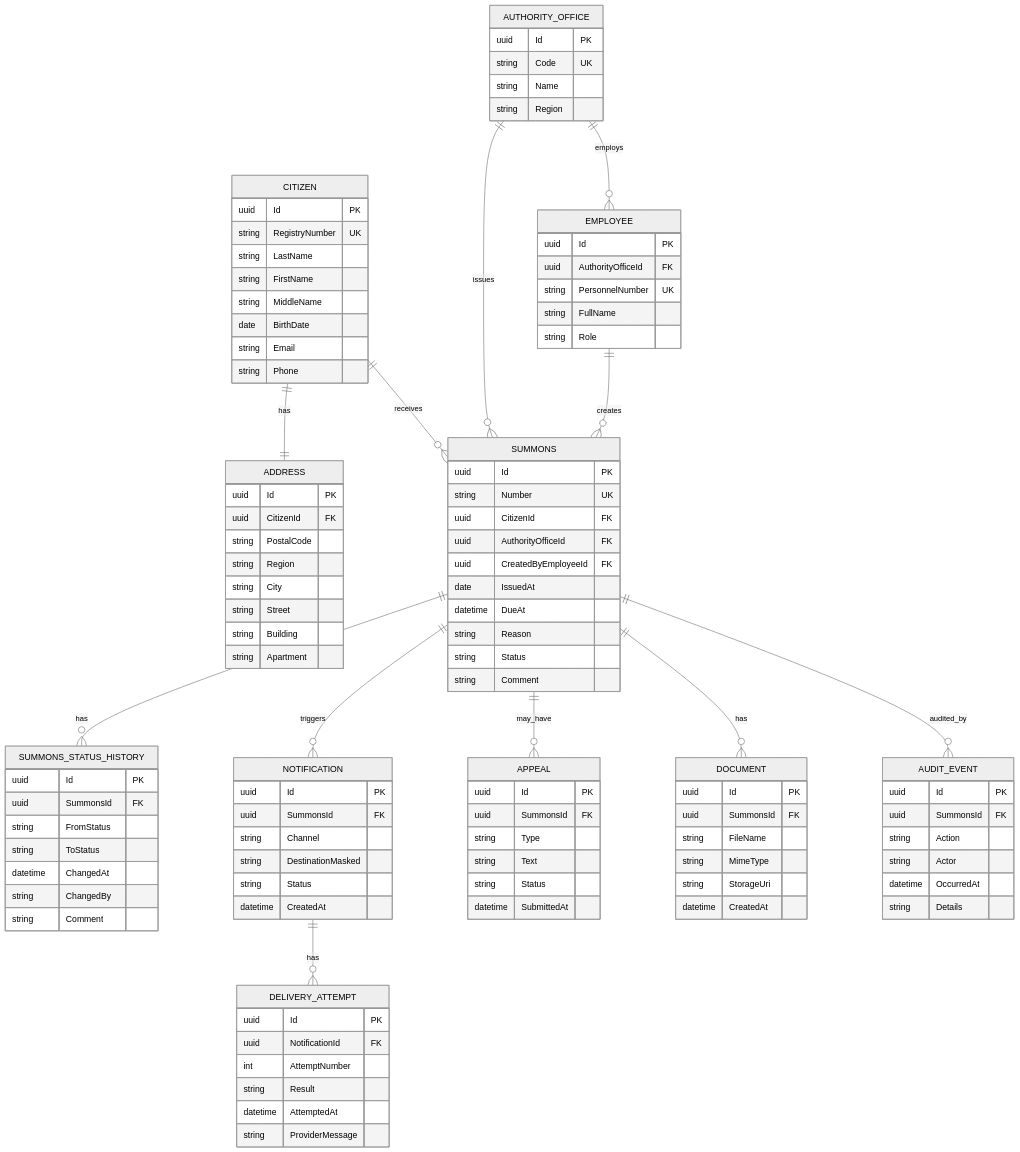
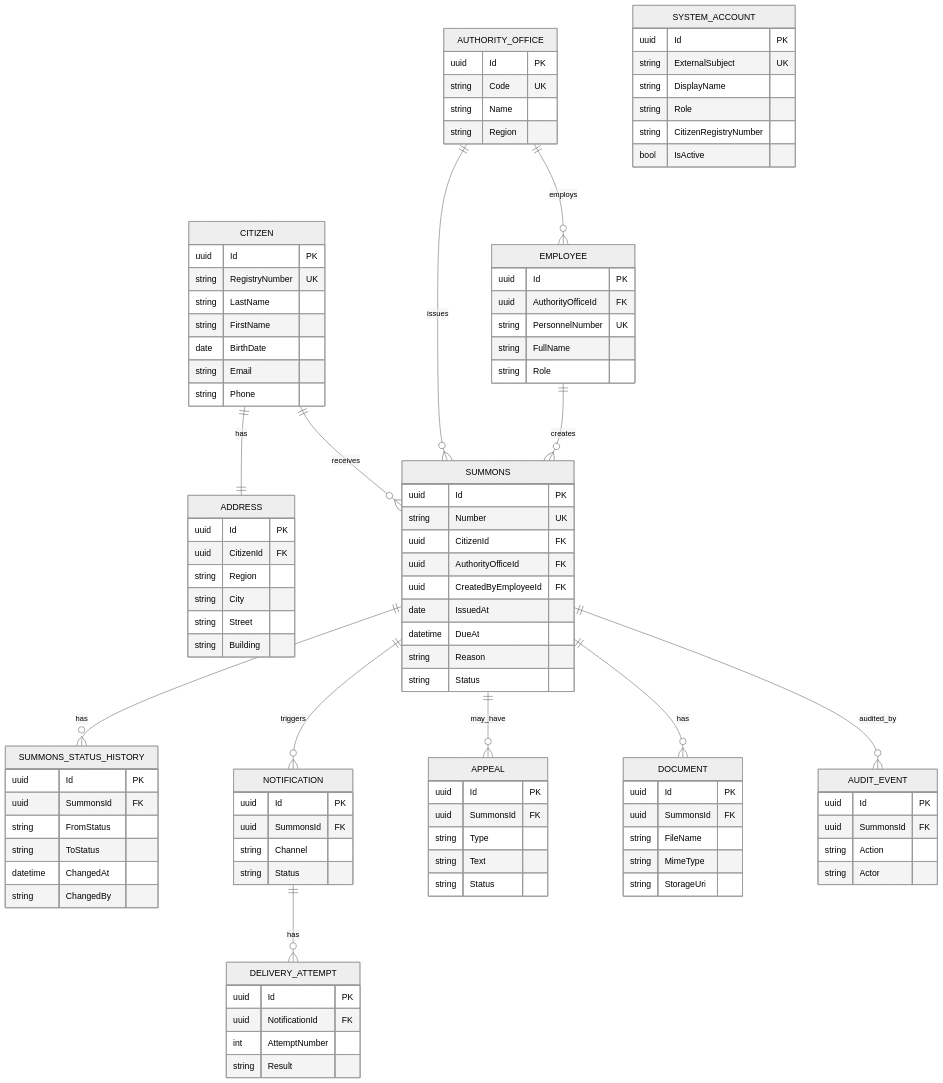
One commit to MasterChief-96/reestr-povestok-cipso changed the diagram in docs/erd.md. Above: the diagram before and after it, drawn with Mermaid (neutral theme). The commit also changed other lines of this file and 38 other files, not shown here.

````diff
--- a/docs/erd.md
+++ b/docs/erd.md
@@ -21,7 +21,6 @@
       string RegistryNumber UK
       string LastName
       string FirstName
-      string MiddleName
       date BirthDate
       string Email
       string Phone
@@ -29,12 +28,10 @@
     ADDRESS {
       uuid Id PK
       uuid CitizenId FK
-      string PostalCode
       string Region
       string City
       string Street
       string Building
-      string Apartment
     }
     AUTHORITY_OFFICE {
       uuid Id PK
@@ -59,7 +56,6 @@
       datetime DueAt
       string Reason
       string Status
-      string Comment
     }
     SUMMONS_STATUS_HISTORY {
       uuid Id PK
@@ -68,23 +64,18 @@
       string ToStatus
       datetime ChangedAt
       string ChangedBy
-      string Comment
     }
     NOTIFICATION {
       uuid Id PK
       uuid SummonsId FK
       string Channel
-      string DestinationMasked
       string Status
-      datetime CreatedAt
     }
     DELIVERY_ATTEMPT {
       uuid Id PK
       uuid NotificationId FK
       int AttemptNumber
       string Result
-      datetime AttemptedAt
-      string ProviderMessage
     }
     APPEAL {
       uuid Id PK
@@ -92,7 +83,6 @@
       string Type
       string Text
       string Status
-      datetime SubmittedAt
     }
     DOCUMENT {
       uuid Id PK
@@ -100,14 +90,19 @@
       string FileName
       string MimeType
       string StorageUri
-      datetime CreatedAt
     }
     AUDIT_EVENT {
       uuid Id PK
       uuid SummonsId FK
       string Action
       string Actor
-      datetime OccurredAt
-      string Details
+    }
+    SYSTEM_ACCOUNT {
+      uuid Id PK
+      string ExternalSubject UK
+      string DisplayName
+      string Role
+      string CitizenRegistryNumber
+      bool IsActive
     }
 ```
````
